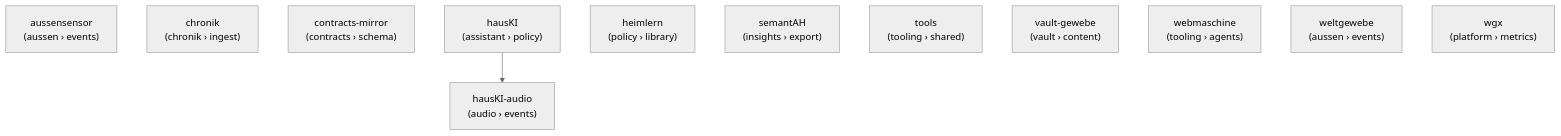
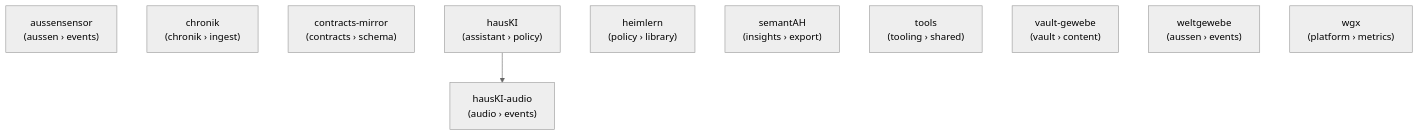
The diagram in docs/org-graph.mmd (heimgewebe/metarepo), drawn with Mermaid (neutral theme) before and after one commit. The commit also changed 3 other files, not shown here.

```diff
--- a/docs/org-graph.mmd
+++ b/docs/org-graph.mmd
@@ -1,16 +1,15 @@
 %% Org dependency graph
 %% Generated by scripts/generate_org_assets.py; do not edit manually.
 graph TD
     aussensensor["aussensensor\n(aussen › events)"]
     chronik["chronik\n(chronik › ingest)"]
     contracts_mirror["contracts-mirror\n(contracts › schema)"]
     hausKI["hausKI\n(assistant › policy)"]
     hausKI_audio["hausKI-audio\n(audio › events)"]
     heimlern["heimlern\n(policy › library)"]
     semantAH["semantAH\n(insights › export)"]
     tools["tools\n(tooling › shared)"]
     vault_gewebe["vault-gewebe\n(vault › content)"]
-    webmaschine["webmaschine\n(tooling › agents)"]
     weltgewebe["weltgewebe\n(aussen › events)"]
     wgx["wgx\n(platform › metrics)"]
     hausKI --> hausKI_audio
```
